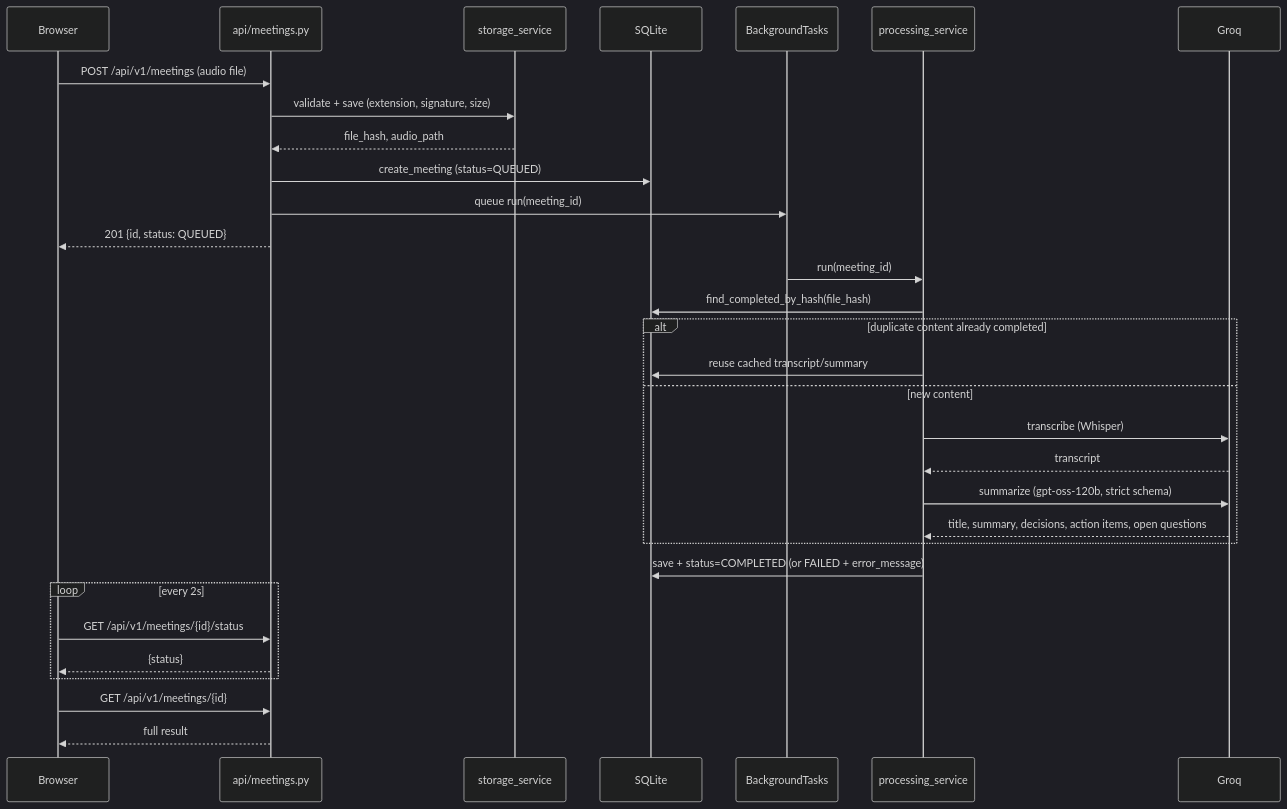
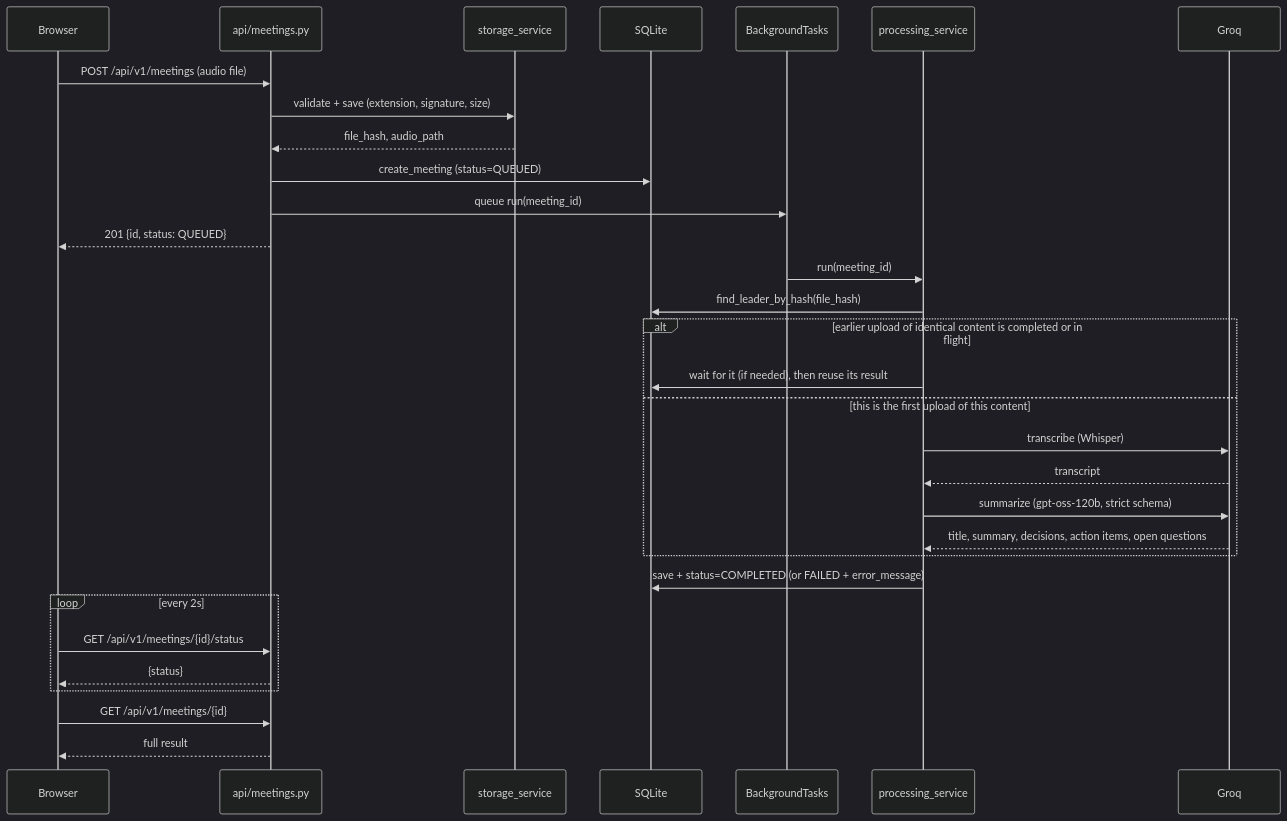
Before and after one commit to colin-110/meeting-summarizer: the diagram in README.md, drawn with Mermaid (dark theme). The commit also changed other lines of this file and 6 other files, not shown here.

````diff
--- a/README.md
+++ b/README.md
@@ -44,36 +44,36 @@
 ```mermaid
 sequenceDiagram
     participant Browser
     participant API as api/meetings.py
     participant Storage as storage_service
     participant DB as SQLite
     participant BG as BackgroundTasks
     participant Proc as processing_service
     participant Groq
 
     Browser->>API: POST /api/v1/meetings (audio file)
     API->>Storage: validate + save (extension, signature, size)
     Storage-->>API: file_hash, audio_path
     API->>DB: create_meeting (status=QUEUED)
     API->>BG: queue run(meeting_id)
     API-->>Browser: 201 {id, status: QUEUED}
 
     BG->>Proc: run(meeting_id)
-    Proc->>DB: find_completed_by_hash(file_hash)
-    alt duplicate content already completed
-        Proc->>DB: reuse cached transcript/summary
-    else new content
+    Proc->>DB: find_leader_by_hash(file_hash)
+    alt earlier upload of identical content is completed or in flight
+        Proc->>DB: wait for it (if needed), then reuse its result
+    else this is the first upload of this content
         Proc->>Groq: transcribe (Whisper)
         Groq-->>Proc: transcript
         Proc->>Groq: summarize (gpt-oss-120b, strict schema)
         Groq-->>Proc: title, summary, decisions, action items, open questions
     end
     Proc->>DB: save + status=COMPLETED (or FAILED + error_message)
 
     loop every 2s
         Browser->>API: GET /api/v1/meetings/{id}/status
         API-->>Browser: {status}
     end
     Browser->>API: GET /api/v1/meetings/{id}
     API-->>Browser: full result
 ```
````
